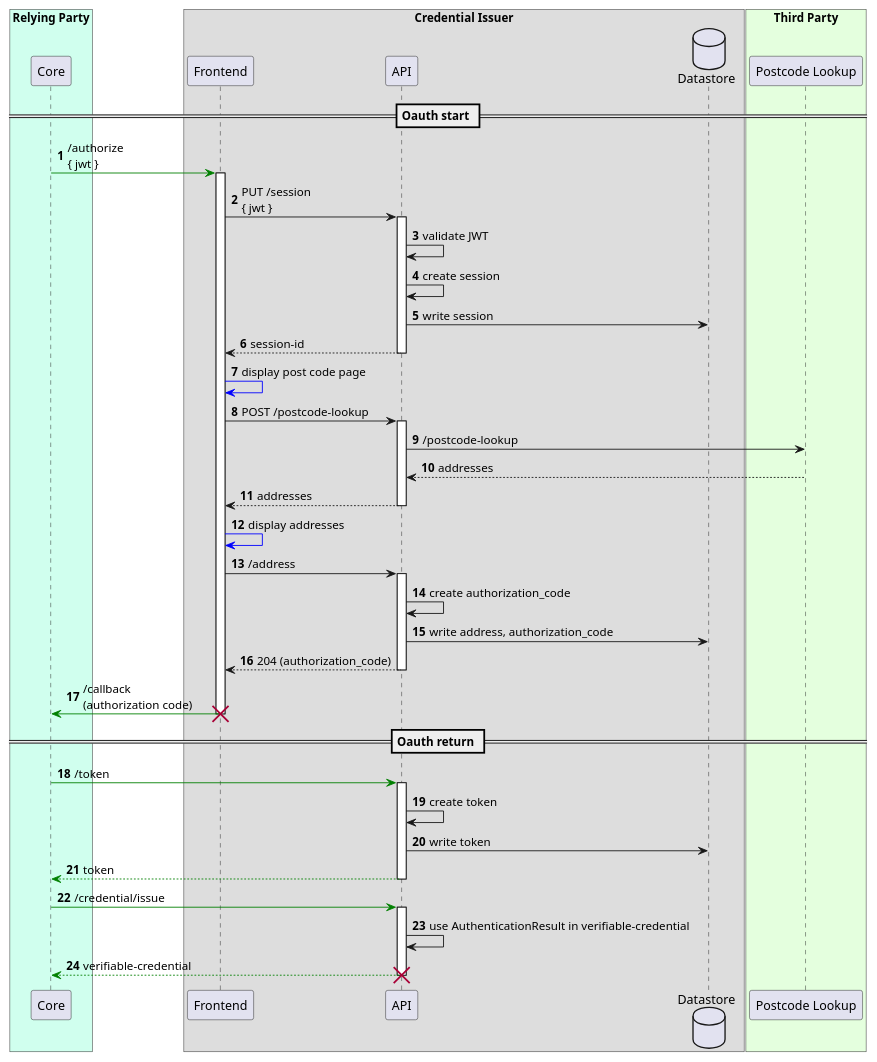
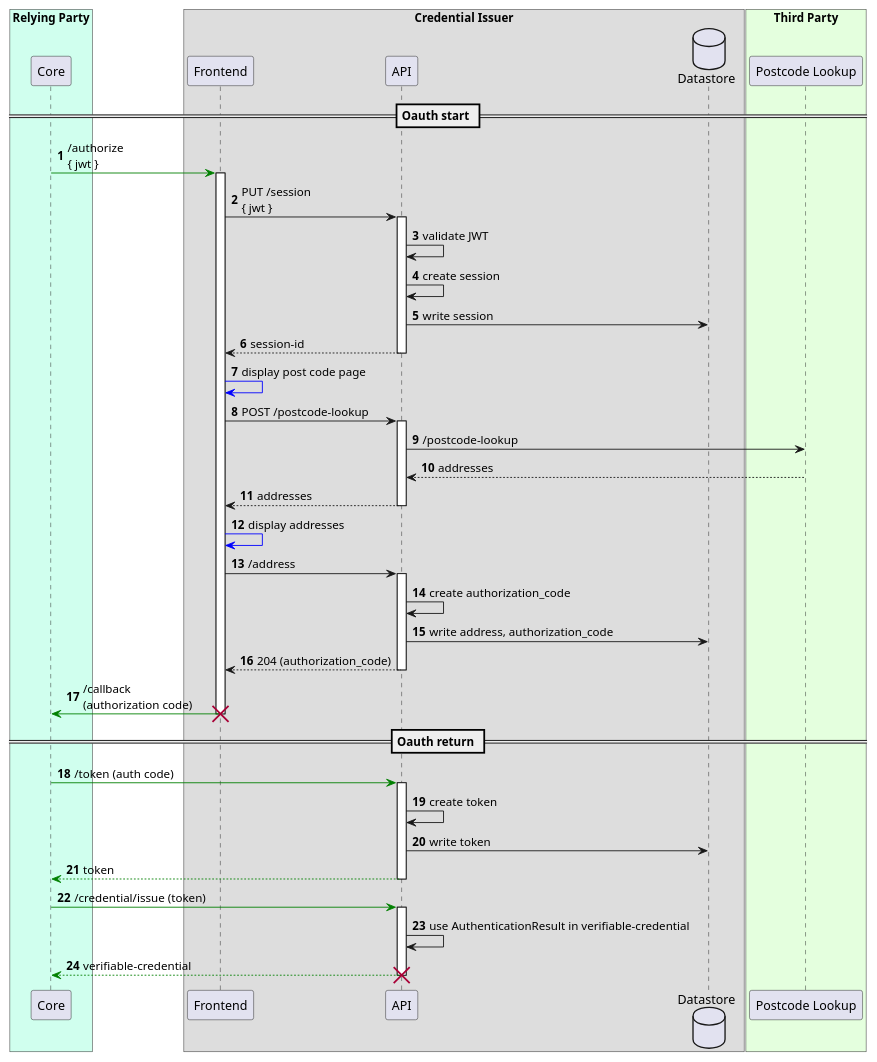
The diagram in doc/api.puml (govuk-one-login/ipv-cri-address-api), drawn with PlantUML before and after one commit. The commit also changed 4 other files, not shown here.

Commit message:
Clarifications on puml sequence diagram

```diff
--- a/doc/api.puml
+++ b/doc/api.puml
@@ -1,69 +1,69 @@
 @startuml
 'https://plantuml.com/sequence-diagram
 
 autonumber
 skinparam backgroundColor #ffffff
 
 'actor User
 box "Relying Party" #d0ffee
 participant Core as core
 end box
 
 box "Credential Issuer"
 participant Frontend as fe
 participant API as api
 database Datastore as db
 
 box "Third Party" #e4ffde
 participant "Postcode Lookup" as pcl
 end box
 == Oauth start ==
 
 core -[#green]> fe : /authorize\n{ jwt }
 activate fe
 
 fe -> api: PUT /session\n{ jwt }
 activate api
 api -> api: validate JWT
 api -> api: create session
 api -> db: write session
 return session-id
 
 
 
 fe-[#blue]>fe: display post code page
 
 fe -> api: POST /postcode-lookup
 activate api
 api->pcl: /postcode-lookup
 api<--pcl: addresses
 return addresses
 
 fe-[#blue]>fe: display addresses
 
 fe->api: /address
 activate api
 
 api -> api: create authorization_code
 api -> db: write address, authorization_code
 return 204 (authorization_code)
 
 core <[#green]- fe: /callback\n(authorization code)
 destroy fe
 == Oauth return ==
 
 
 
-core -[#green]> api: /token
+core -[#green]> api: /token (auth code)
 activate api
 api -> api: create token
 api -> db: write token
 return token
-core -[#green]> api: /credential/issue
+core -[#green]> api: /credential/issue (token)
 activate api
 api -> api: use AuthenticationResult in verifiable-credential
 return verifiable-credential
 
 
 destroy api
 @enduml
```
